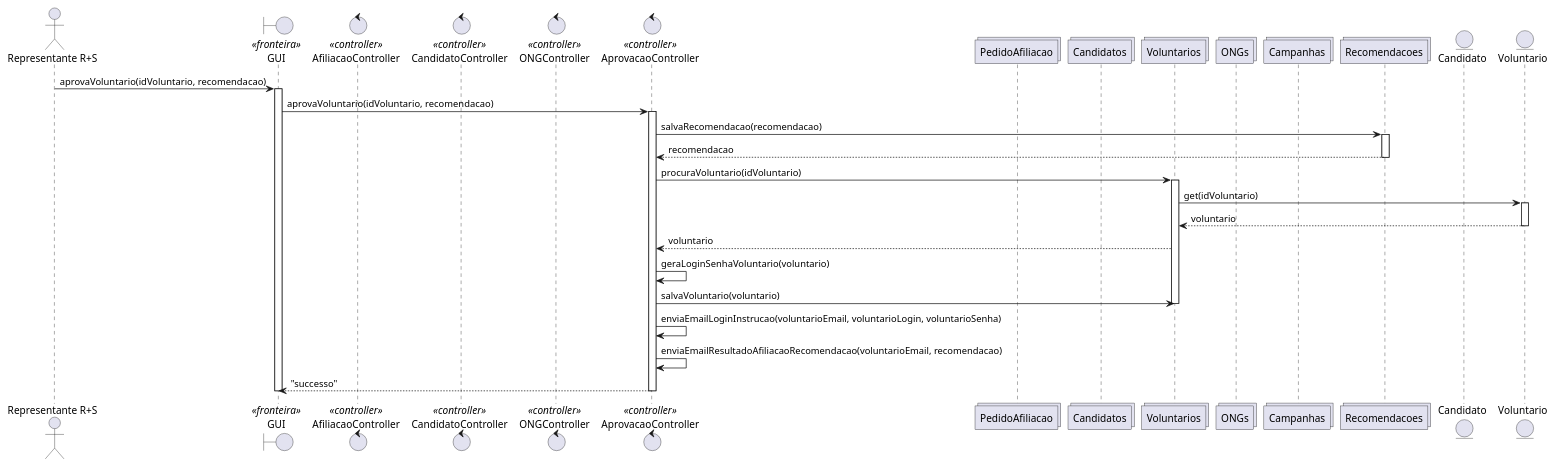
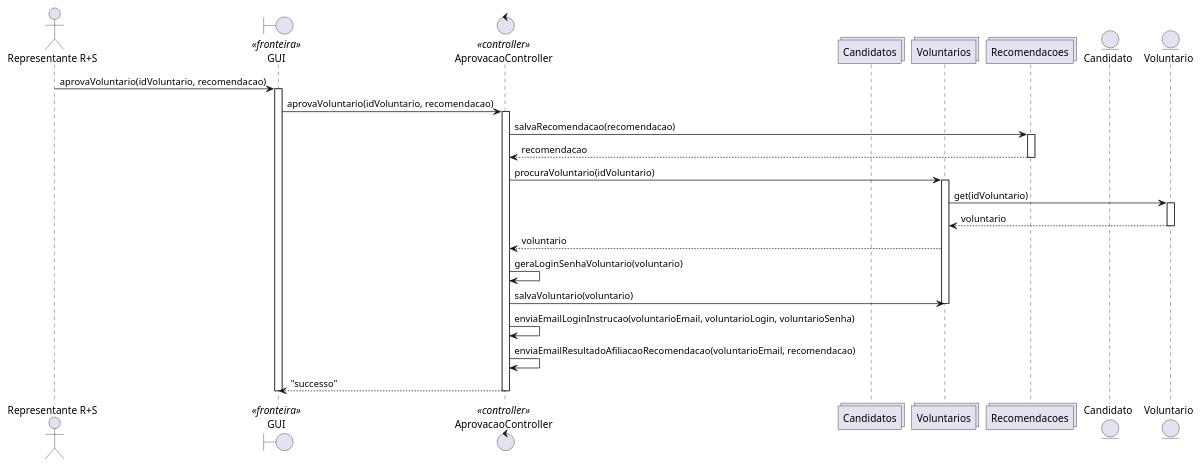
Before and after one commit to guisgiacomini/redeMaisSocialProjetoSoftware: the diagram in diagrama-sequencia/uc003/fluxo-principal/fluxo-principal-3.puml, drawn with PlantUML. The commit also changed 3 other files, not shown here.

Commit message:
Atualizando diagrama de sequencia uc003

```diff
--- a/diagrama-sequencia/uc003/fluxo-principal/fluxo-principal-3.puml
+++ b/diagrama-sequencia/uc003/fluxo-principal/fluxo-principal-3.puml
@@ -1,46 +1,45 @@
 @startuml
 actor "Representante R+S" as representante
 boundary "GUI" as gui <<fronteira>>
-control "AfiliacaoController" as afiliacaoController <<controller>>
-control "CandidatoController" as candidatoController <<controller>>
-control "ONGController" as ongController<<controller>>
+
+
+
 control "AprovacaoController" as aprovacaoController<<controller>>
-collections "PedidoAfiliacao" as pedidoAfiliacao
+
 collections "Candidatos" as candidatos
 collections "Voluntarios" as voluntarios
-collections "ONGs" as ongs
-collections "Campanhas" as campanhas
+
+
 collections "Recomendacoes" as recomendacoes
 entity "Candidato" as candidato
 entity "Voluntario" as voluntario
 
 representante -> gui: aprovaVoluntario(idVoluntario, recomendacao)
 activate gui
     gui -> aprovacaoController: aprovaVoluntario(idVoluntario, recomendacao)
     activate aprovacaoController
         aprovacaoController -> recomendacoes: salvaRecomendacao(recomendacao)
         activate recomendacoes
             recomendacoes --> aprovacaoController: recomendacao
         deactivate recomendacoes
         aprovacaoController -> voluntarios: procuraVoluntario(idVoluntario)
         activate voluntarios
             voluntarios -> voluntario: get(idVoluntario)
             activate voluntario
                 voluntario --> voluntarios: voluntario
             deactivate voluntario
             voluntarios --> aprovacaoController: voluntario
         
         aprovacaoController -> aprovacaoController: geraLoginSenhaVoluntario(voluntario)
         aprovacaoController -> voluntarios: salvaVoluntario(voluntario)
         
         deactivate voluntarios
 
         aprovacaoController -> aprovacaoController: enviaEmailLoginInstrucao(voluntarioEmail, voluntarioLogin, voluntarioSenha)
         aprovacaoController -> aprovacaoController: enviaEmailResultadoAfiliacaoRecomendacao(voluntarioEmail, recomendacao)
 
         aprovacaoController --> gui: "successo"
     deactivate aprovacaoController
 deactivate gui
     
-
 @enduml
```
